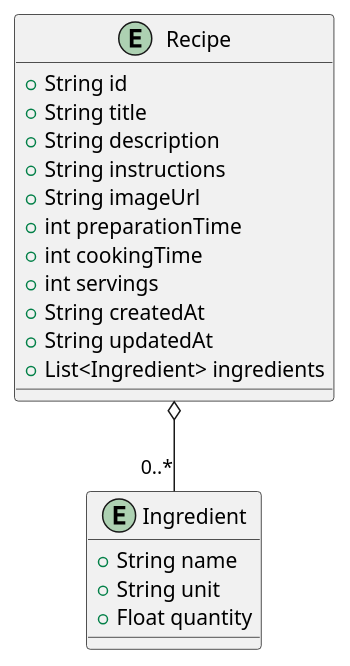
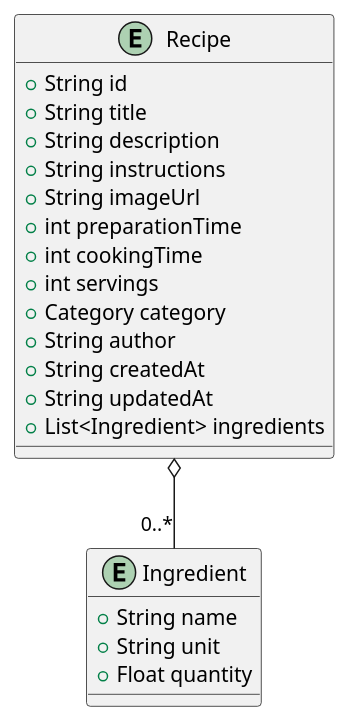
The diagram in savory-backend/documentation/diagrams/DataModel.plantuml (DevYouriD/Savory), drawn with PlantUML before and after one commit. The commit also changed 2 other files, not shown here.

```diff
--- a/savory-backend/documentation/diagrams/DataModel.plantuml
+++ b/savory-backend/documentation/diagrams/DataModel.plantuml
@@ -1,24 +1,26 @@
 @startuml
 entity "Recipe" as Recipe {
   +String id
   +String title
   +String description
   +String instructions
   +String imageUrl
   +int preparationTime
   +int cookingTime
   +int servings
+  +Category category
+  +String author
   +String createdAt
   +String updatedAt
   +List<Ingredient> ingredients
 }
 
 entity "Ingredient" as Ingredient {
   +String name
   +String unit
   +Float quantity
 }
 
 Recipe o-- "0..*" Ingredient
 
 @enduml
```
